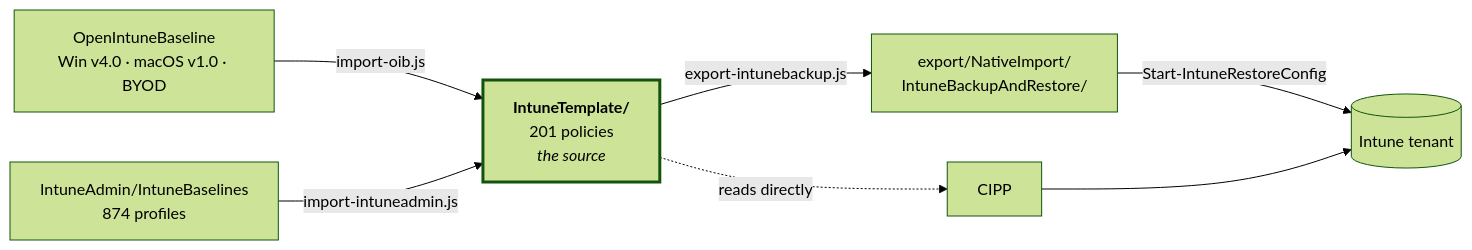
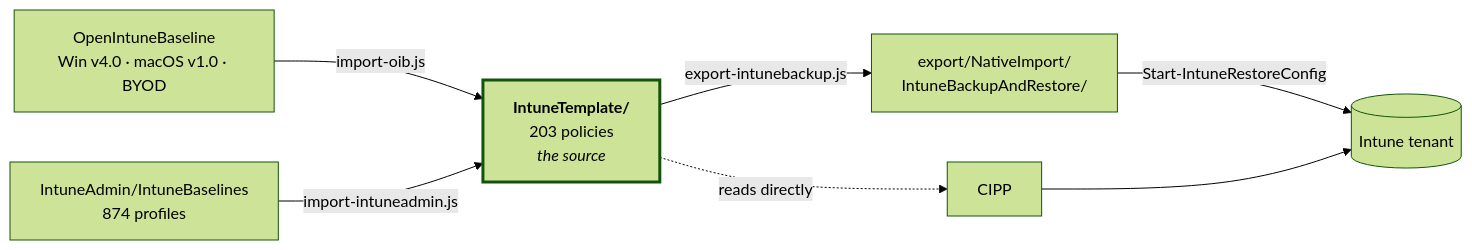
Before and after one commit to sjkanon/IntuneBackup: the diagram in README.en.md, drawn with Mermaid (forest theme). The commit also changed other lines of this file and 51 other files, not shown here.

````diff
--- a/README.en.md
+++ b/README.en.md
@@ -20,17 +20,17 @@
 ```mermaid
 flowchart LR
   OIB["OpenIntuneBaseline<br/>Win v4.0 · macOS v1.0 · BYOD"]
-  T["<b>IntuneTemplate/</b><br/>201 policies<br/><i>the source</i>"]
+  T["<b>IntuneTemplate/</b><br/>203 policies<br/><i>the source</i>"]
   EX["export/NativeImport/<br/>IntuneBackupAndRestore/"]
   TENANT[("Intune tenant")]
 
   OIB -->|import-oib.js| T
   T -->|export-intunebackup.js| EX
   T -.->|reads directly| CIPP[CIPP]
   EX -->|Start-IntuneRestoreConfig| TENANT
   CIPP --> TENANT
 
   IA["IntuneAdmin/IntuneBaselines<br/>874 profiles"] -->|import-intuneadmin.js| T
 
   style T stroke-width:3px
 ```
````
